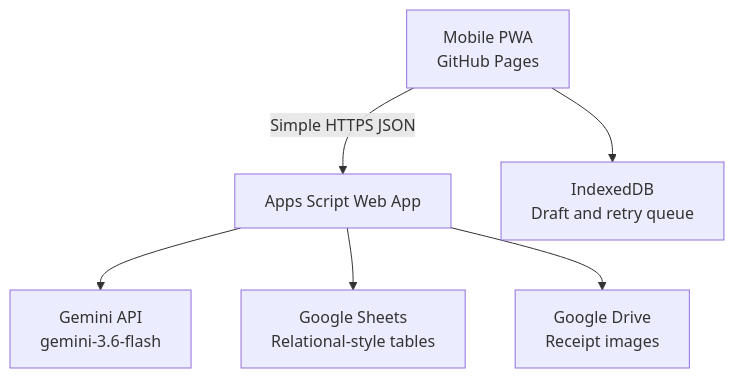
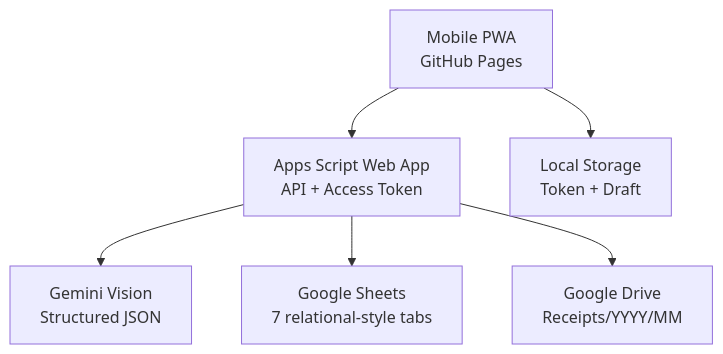
One commit to aodxx/Pem changed the diagram in ARCHITECTURE.md. Above: the diagram before and after it, drawn with Mermaid. The commit also changed other lines of this file, not shown here.

Commit message:
v1: update ARCHITECTURE.md

````diff
--- a/ARCHITECTURE.md
+++ b/ARCHITECTURE.md
@@ -12,8 +3,8 @@
 ```mermaid
 flowchart TD
-    A["Mobile PWA<br/>GitHub Pages"] -->|Simple HTTPS JSON| B["Apps Script Web App"]
-    B --> C["Gemini API<br/>gemini-3.6-flash"]
-    B --> D["Google Sheets<br/>Relational-style tables"]
-    B --> E["Google Drive<br/>Receipt images"]
-    A --> F["IndexedDB<br/>Draft and retry queue"]
+  A["Mobile PWA<br/>GitHub Pages"] --> B["Apps Script Web App<br/>API + Access Token"]
+  B --> C["Gemini Vision<br/>Structured JSON"]
+  B --> D["Google Sheets<br/>7 relational-style tabs"]
+  B --> E["Google Drive<br/>Receipts/YYYY/MM"]
+  A --> F["Local Storage<br/>Token + Draft"]
 ```
````
